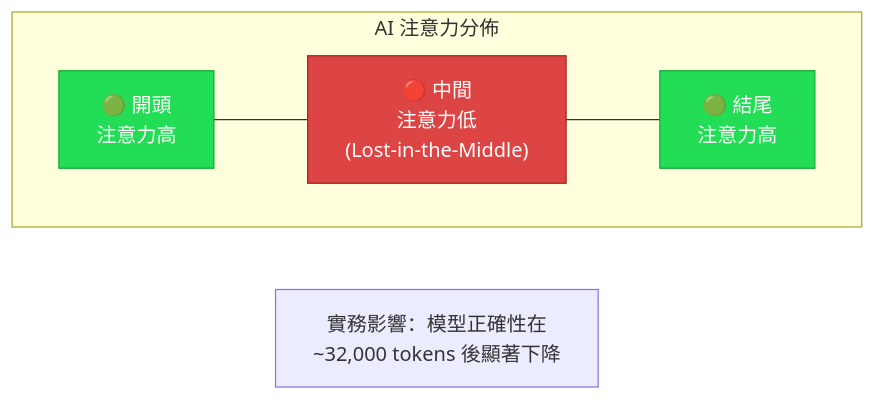
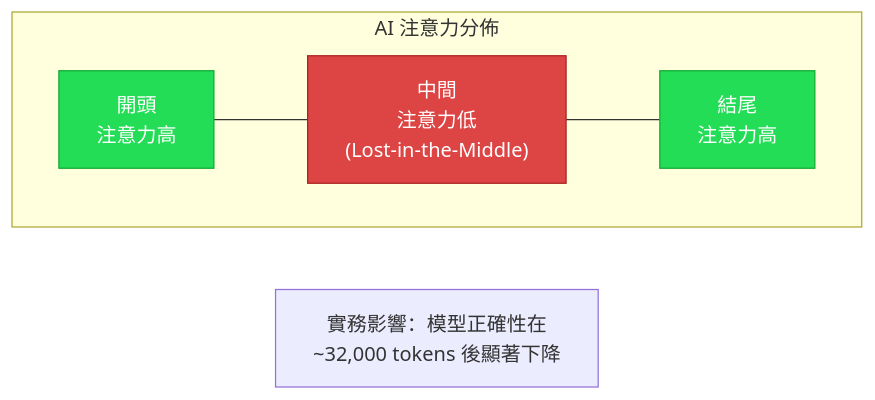
Before and after one commit to Muheng1992/symbiotic-engineering: diagram 11 of 31 in docs/guides/ai-era-code-best-practices.md, drawn with Mermaid. The commit also changed other lines of this file, not shown here.

````diff
--- a/docs/guides/ai-era-code-best-practices.md
+++ b/docs/guides/ai-era-code-best-practices.md
@@ -440,13 +449,13 @@
 ```mermaid
 graph LR
     subgraph "AI 注意力分佈"
         direction LR
-        A["🟢 開頭<br/>注意力高"] --- B["🔴 中間<br/>注意力低<br/>(Lost-in-the-Middle)"] --- C["🟢 結尾<br/>注意力高"]
+        A["開頭<br/>注意力高"] --- B["中間<br/>注意力低<br/>(Lost-in-the-Middle)"] --- C["結尾<br/>注意力高"]
     end
 
     D["實務影響：模型正確性在<br/>~32,000 tokens 後顯著下降"]
 
     style A fill:#2d5,stroke:#1a3,color:#fff
     style B fill:#d44,stroke:#a22,color:#fff
     style C fill:#2d5,stroke:#1a3,color:#fff
 ```
````
